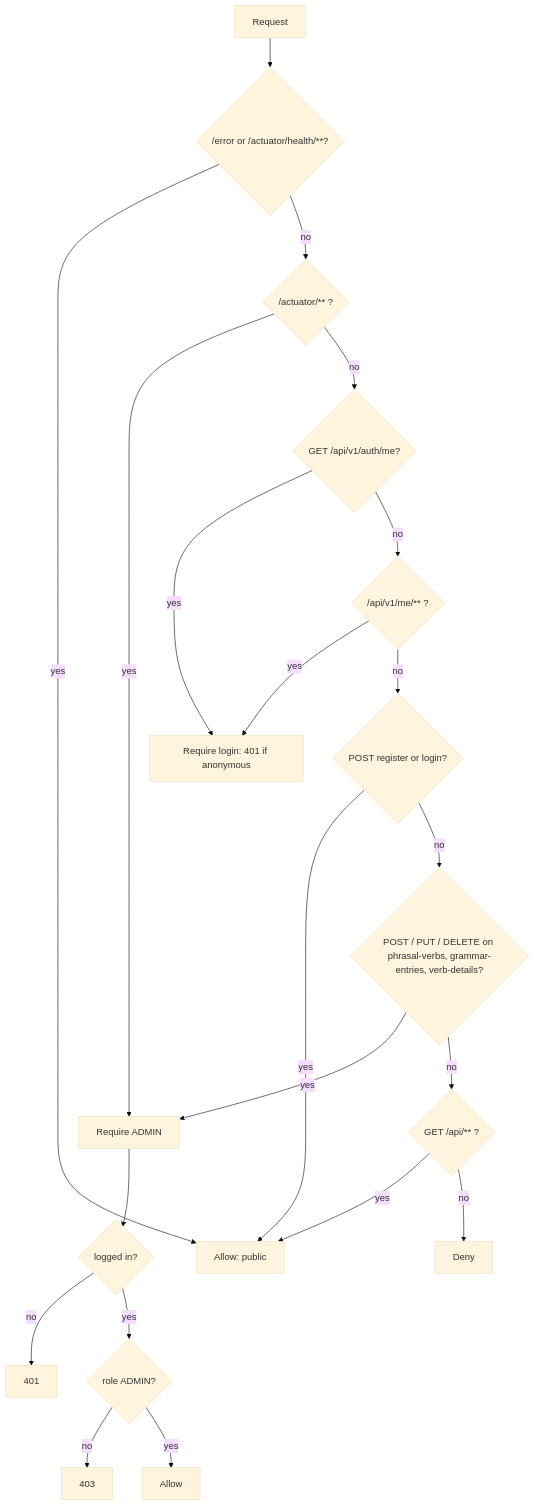
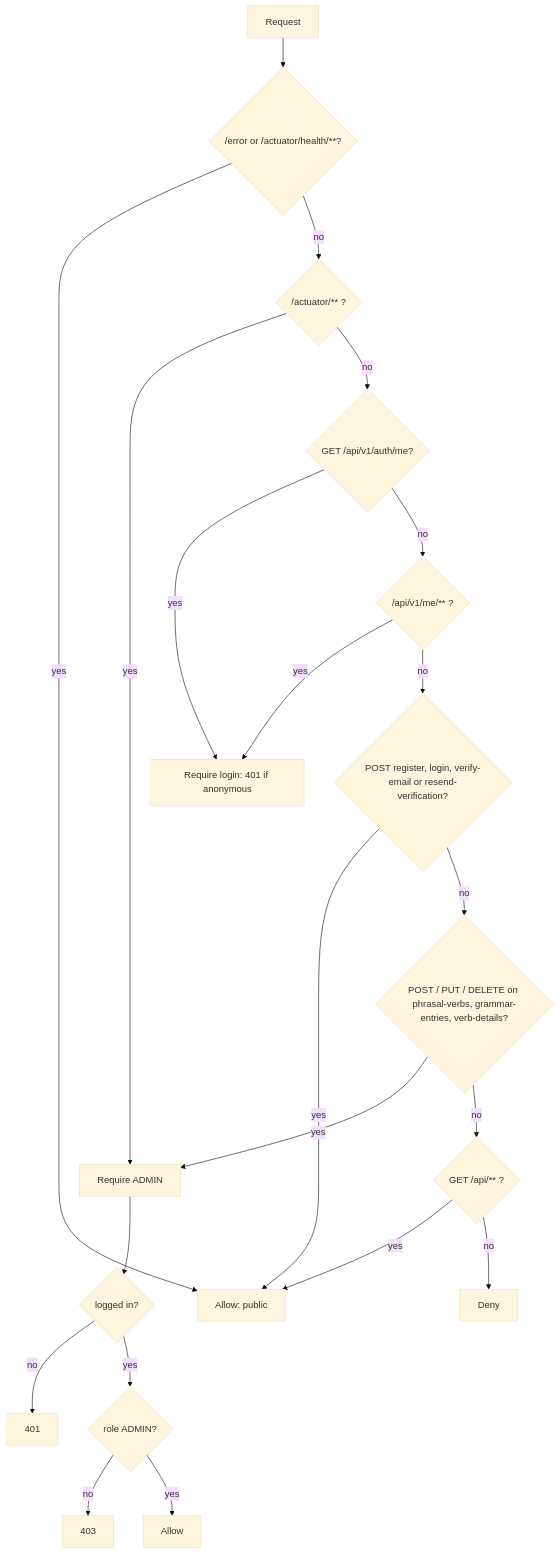
One commit to makeitfine-org/phrasal changed the third of 3 diagrams in docs/diagrams/auth-flow.md. Above: the diagram before and after it, drawn with Mermaid (base theme). The commit also changed other lines of this file and 13 other files, not shown here.

Commit message:
docs: document email verification, Mailpit and Brevo setup

````diff
--- a/docs/diagrams/auth-flow.md
+++ b/docs/diagrams/auth-flow.md
@@ -55,23 +56,23 @@
 ```mermaid
 flowchart TD
     R[Request] --> E{/error or /actuator/health/**?}
     E -- yes --> PUB[Allow: public]
     E -- no --> A{/actuator/** ?}
     A -- yes --> ADM[Require ADMIN]
     A -- no --> ME{GET /api/v1/auth/me?}
     ME -- yes --> AUTH[Require login: 401 if anonymous]
     ME -- no --> MEP{/api/v1/me/** ?}
     MEP -- yes --> AUTH
-    MEP -- no --> RL{POST register or login?}
+    MEP -- no --> RL{POST register, login, verify-email or resend-verification?}
     RL -- yes --> PUB
     RL -- no --> W{POST / PUT / DELETE on phrasal-verbs, grammar-entries, verb-details?}
     W -- yes --> ADM
     W -- no --> G{GET /api/** ?}
     G -- yes --> PUB
     G -- no --> DENY[Deny]
     ADM --> C{logged in?}
     C -- no --> U401[401]
     C -- yes --> RO{role ADMIN?}
     RO -- no --> F403[403]
     RO -- yes --> OK[Allow]
 ```
````
